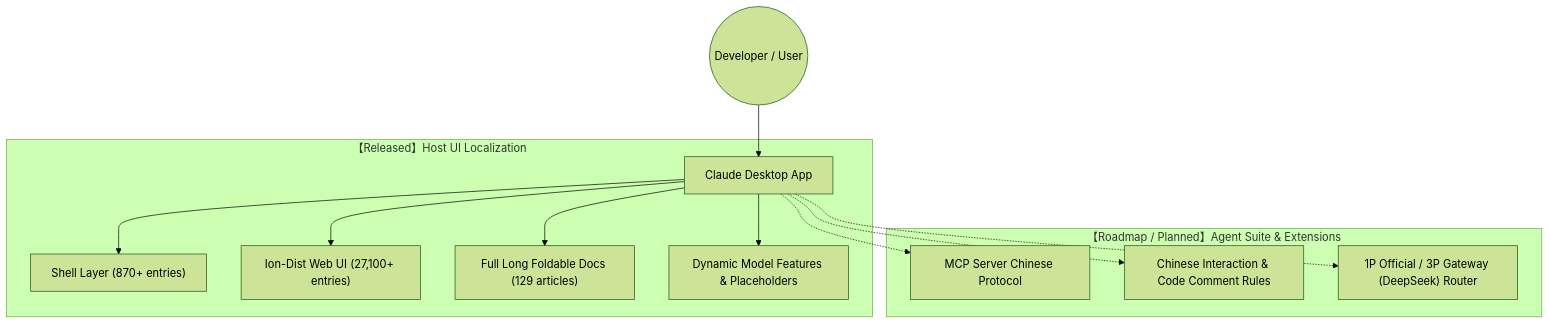
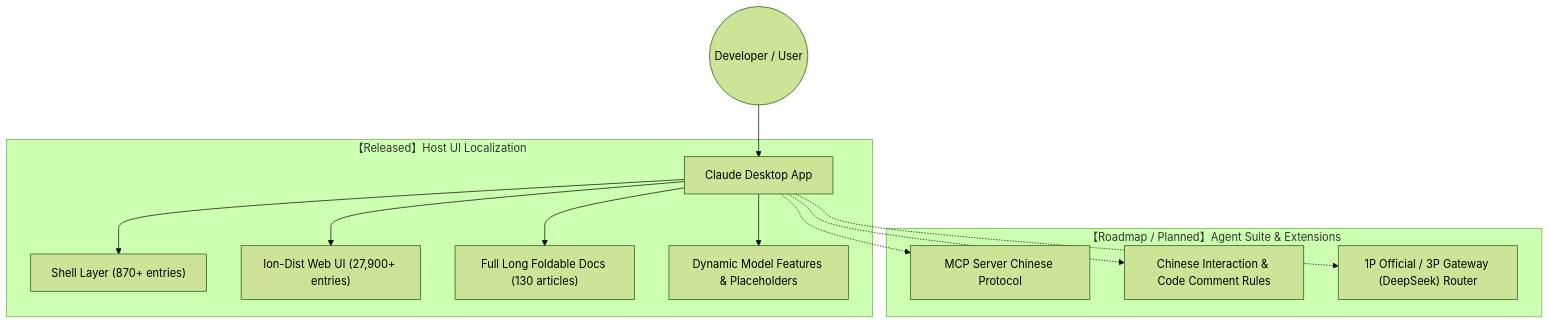
The first of 2 diagrams in README.en.md (yiheng8023/claude-chinese), drawn with Mermaid (forest theme) before and after one commit. The commit also changed other lines of this file and 7 other files, not shown here.

Commit message:
release: v1.2.69 - full adaptation for Claude Desktop v2.9939.4.0, customize/skills localization & UI polish

````diff
--- a/README.en.md
+++ b/README.en.md
@@ -39,17 +39,17 @@
 ```mermaid
 graph TD
     User((Developer / User)) --> ClaudeApp[Claude Desktop App]
     
     subgraph Mode1 ["【Released】Host UI Localization"]
         ClaudeApp --> ShellLayer["Shell Layer (870+ entries)"]
-        ClaudeApp --> WebUILayer["Ion-Dist Web UI (27,100+ entries)"]
-        ClaudeApp --> LongDocsLayer["Full Long Foldable Docs (129 articles)"]
+        ClaudeApp --> WebUILayer["Ion-Dist Web UI (27,900+ entries)"]
+        ClaudeApp --> LongDocsLayer["Full Long Foldable Docs (130 articles)"]
         ClaudeApp --> DynamicLayer["Dynamic Model Features & Placeholders"]
     end
     
     subgraph Mode2 ["【Roadmap / Planned】Agent Suite & Extensions"]
         ClaudeApp -.-> MCP["MCP Server Chinese Protocol"]
         ClaudeApp -.-> Rules["Chinese Interaction & Code Comment Rules"]
         ClaudeApp -.-> Switcher["1P Official / 3P Gateway (DeepSeek) Router"]
     end
 ```
````
